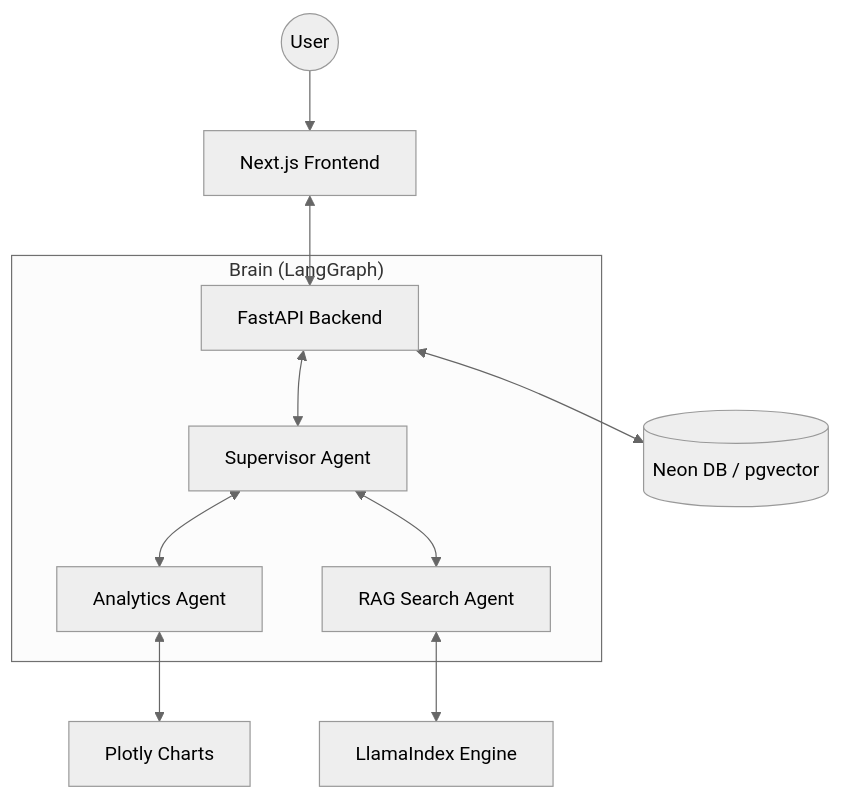
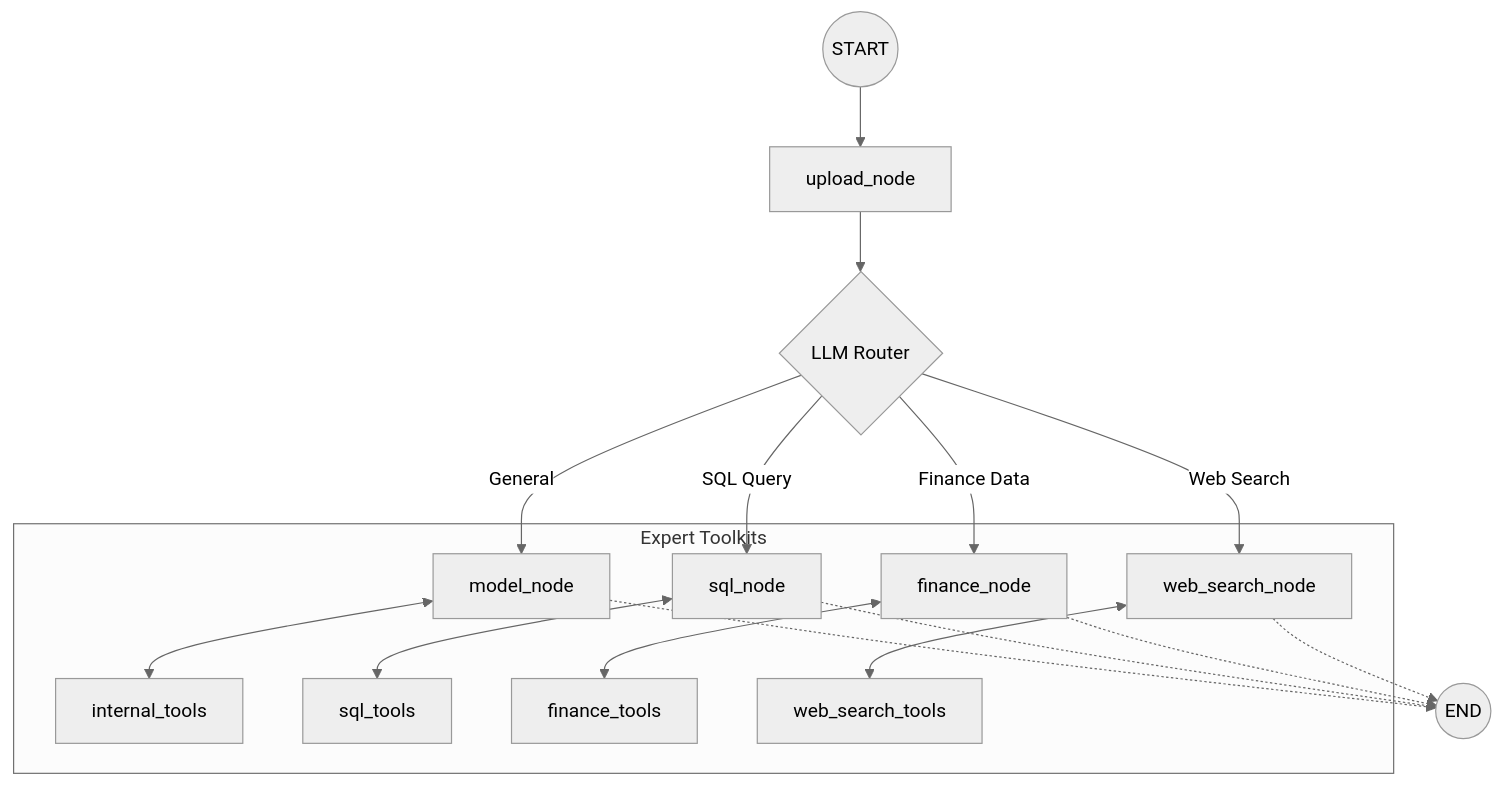
One commit to caffeicsatyam/cfobuddy changed the second of 2 diagrams in README.md. Above: the diagram before and after it, drawn with Mermaid (neutral theme). The commit also changed other lines of this file, not shown here.

````diff
--- a/README.md
+++ b/README.md
@@ -60,15 +58,23 @@
 ```mermaid
 graph TD
-    User((User)) --> NextJS[Next.js Frontend]
-    NextJS <--> FastAPI[FastAPI Backend]
+    START((START)) --> Upload[upload_node]
     
-    subgraph "Brain (LangGraph)"
-        FastAPI <--> Supervisor[Supervisor Agent]
-        Supervisor <--> Analytics[Analytics Agent]
-        Supervisor <--> Search[RAG Search Agent]
+    Upload --> Router{LLM Router}
+    
+    Router -->|General| Model[model_node]
+    Router -->|SQL Query| SQL[sql_node]
+    Router -->|Finance Data| Finance[finance_node]
+    Router -->|Web Search| Web[web_search_node]
+    
+    subgraph Tools ["Expert Toolkits"]
+        Model <--> ITools[internal_tools]
+        SQL <--> STools[sql_tools]
+        Finance <--> FTools[finance_tools]
+        Web <--> WTools[web_search_tools]
     end
     
-    FastAPI <--> Neon[(Neon DB / pgvector)]
-    Search <--> LlamaIndex[LlamaIndex Engine]
-    Analytics <--> Plotly[Plotly Charts]
+    Model -.-> END((END))
+    SQL -.-> END
+    Finance -.-> END
+    Web -.-> END
 ```
````
